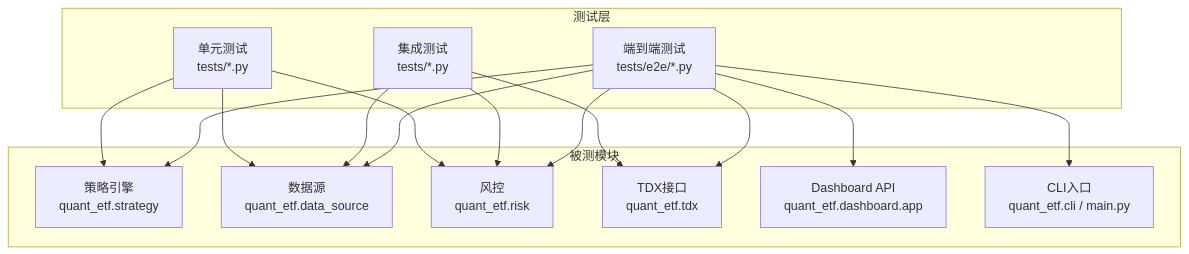
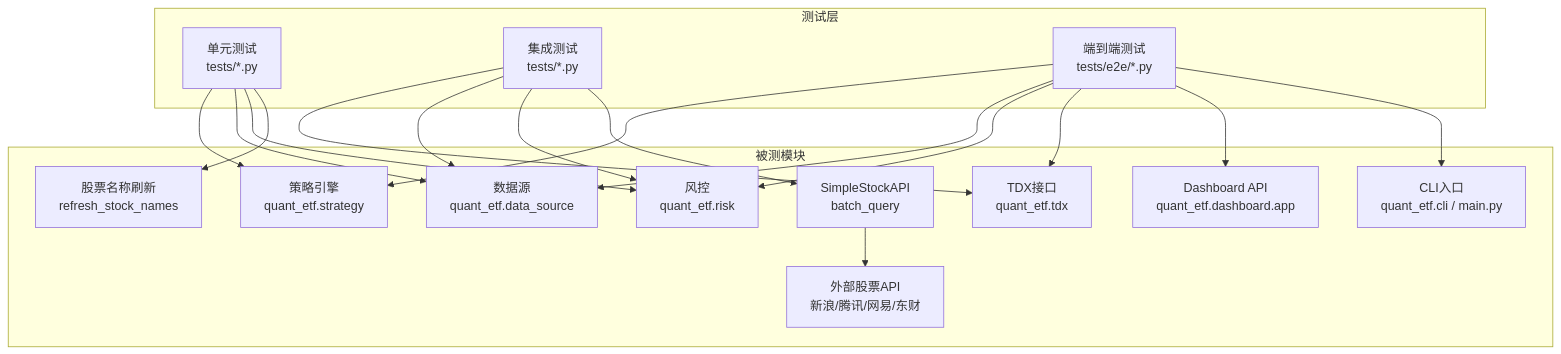
The second of 3 diagrams in .qoder/repowiki/zh/content/开发者指南/测试策略和实践.md (ldeng76/quant-ETF), drawn with Mermaid before and after one commit. The commit also changed other lines of this file and 11 other files, not shown here.

````diff
--- a/.qoder/repowiki/zh/content/开发者指南/测试策略和实践.md
+++ b/.qoder/repowiki/zh/content/开发者指南/测试策略和实践.md
@@ -88,28 +100,34 @@
 ```mermaid
 graph TB
 subgraph "被测模块"
 SE["策略引擎<br/>quant_etf.strategy"]
 DS["数据源<br/>quant_etf.data_source"]
 RM["风控<br/>quant_etf.risk"]
 TDX["TDX接口<br/>quant_etf.tdx"]
 API["Dashboard API<br/>quant_etf.dashboard.app"]
 CLI["CLI入口<br/>quant_etf.cli / main.py"]
+NS["股票名称刷新<br/>refresh_stock_names"]
+SSA["SimpleStockAPI<br/>batch_query"]
+END["外部股票API<br/>新浪/腾讯/网易/东财"]
 end
 subgraph "测试层"
 U["单元测试<br/>tests/*.py"]
 I["集成测试<br/>tests/*.py"]
 E["端到端测试<br/>tests/e2e/*.py"]
 end
 E --> SE
 E --> DS
 E --> RM
 E --> TDX
 E --> API
 E --> CLI
 I --> TDX
 I --> DS
 I --> RM
+I --> SSA
 U --> SE
 U --> DS
 U --> RM
+U --> NS
+SSA --> END
 ```
````
